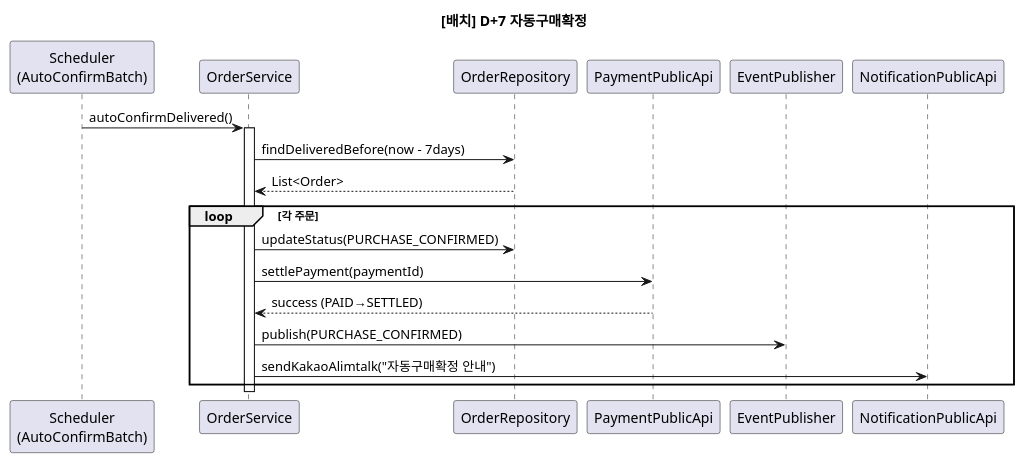
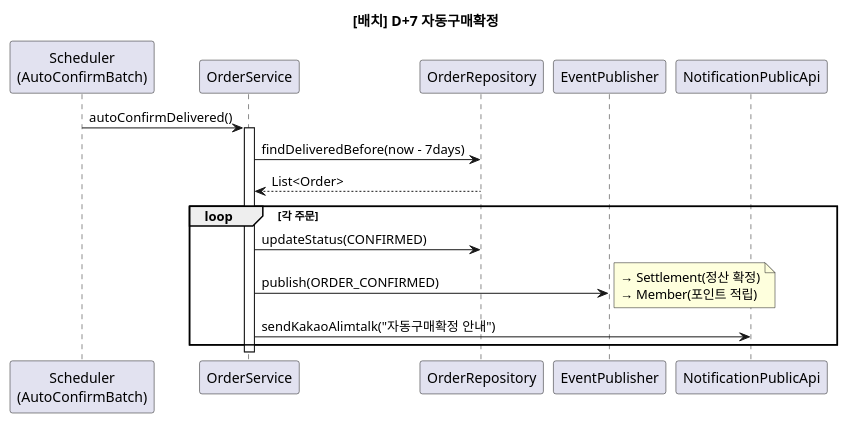
Before and after one commit to parknahyun/runNShop: diagram 20 of 26 in docs/자산화-단계별/S3-상세설계/16-시퀀스(Order-Payment).md, drawn with PlantUML. The commit also changed other lines of this file and 14 other files, not shown here.

````diff
--- a/docs/자산화-단계별/S3-상세설계/16-시퀀스(Order-Payment).md
+++ b/docs/자산화-단계별/S3-상세설계/16-시퀀스(Order-Payment).md
@@ -911,28 +1094,26 @@
 ```plantuml
 @startuml
 title [배치] D+7 자동구매확정
 
 participant "Scheduler\n(AutoConfirmBatch)" as Batch
 participant "OrderService" as Service
 participant "OrderRepository" as Repo
-participant "PaymentPublicApi" as Payment
 participant "EventPublisher" as Event
 participant "NotificationPublicApi" as Noti
 
 Batch -> Service : autoConfirmDelivered()
 activate Service
 
 Service -> Repo : findDeliveredBefore(now - 7days)
 Repo --> Service : List<Order>
 
 loop 각 주문
-    Service -> Repo : updateStatus(PURCHASE_CONFIRMED)
-    Service -> Payment : settlePayment(paymentId)
-    Payment --> Service : success (PAID→SETTLED)
-    Service -> Event : publish(PURCHASE_CONFIRMED)
+    Service -> Repo : updateStatus(CONFIRMED)
+    Service -> Event : publish(ORDER_CONFIRMED)
+    note right: → Settlement(정산 확정)\n→ Member(포인트 적립)
     Service -> Noti : sendKakaoAlimtalk("자동구매확정 안내")
 end
 
 deactivate Service
 @enduml
 ```
````
